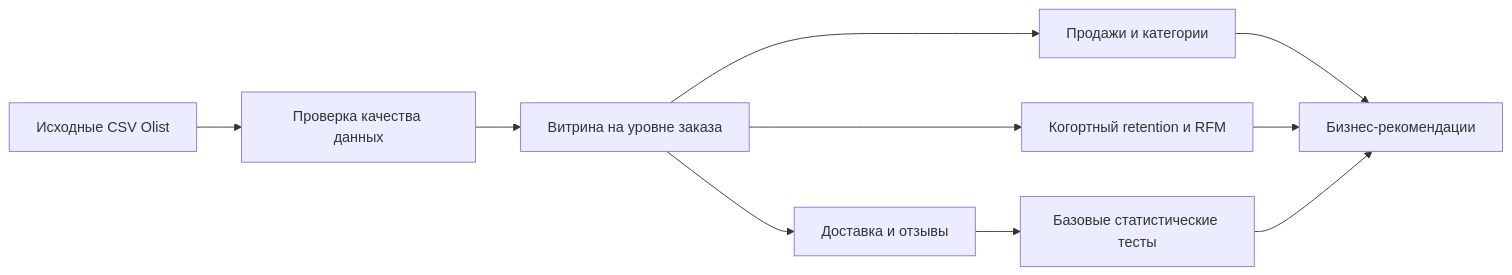
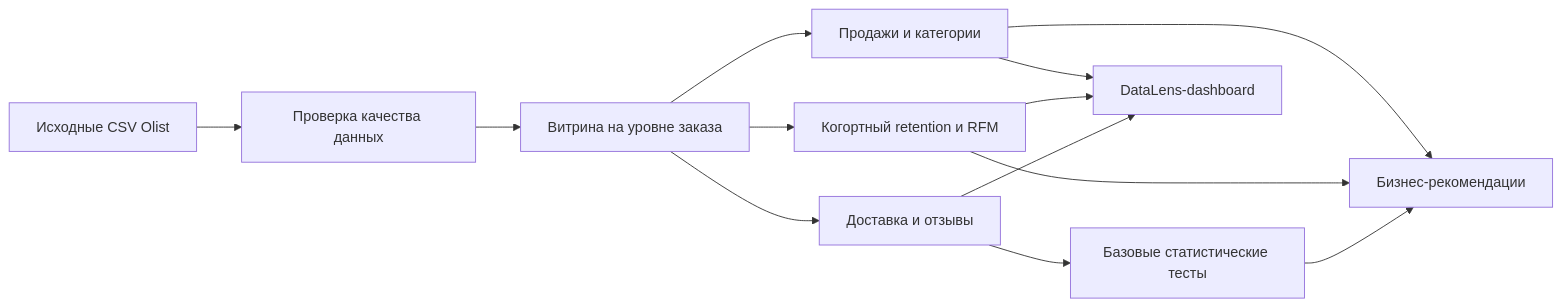
Before and after one commit to sureasguuds9-prog/olist-ecommerce-analytics: the first of 2 diagrams in README.md, drawn with Mermaid. The commit also changed other lines of this file and 9 other files, not shown here.

Commit message:
Add DataLens dashboard datasets and guide

````diff
--- a/README.md
+++ b/README.md
@@ -76,12 +97,15 @@
 ```mermaid
 flowchart LR
     A[Исходные CSV Olist] --> B[Проверка качества данных]
     B --> C[Витрина на уровне заказа]
     C --> D[Продажи и категории]
     C --> E[Когортный retention и RFM]
     C --> F[Доставка и отзывы]
     F --> G[Базовые статистические тесты]
+    D --> I[DataLens-dashboard]
+    E --> I
+    F --> I
     D --> H[Бизнес-рекомендации]
     E --> H
     G --> H
 ```
````
